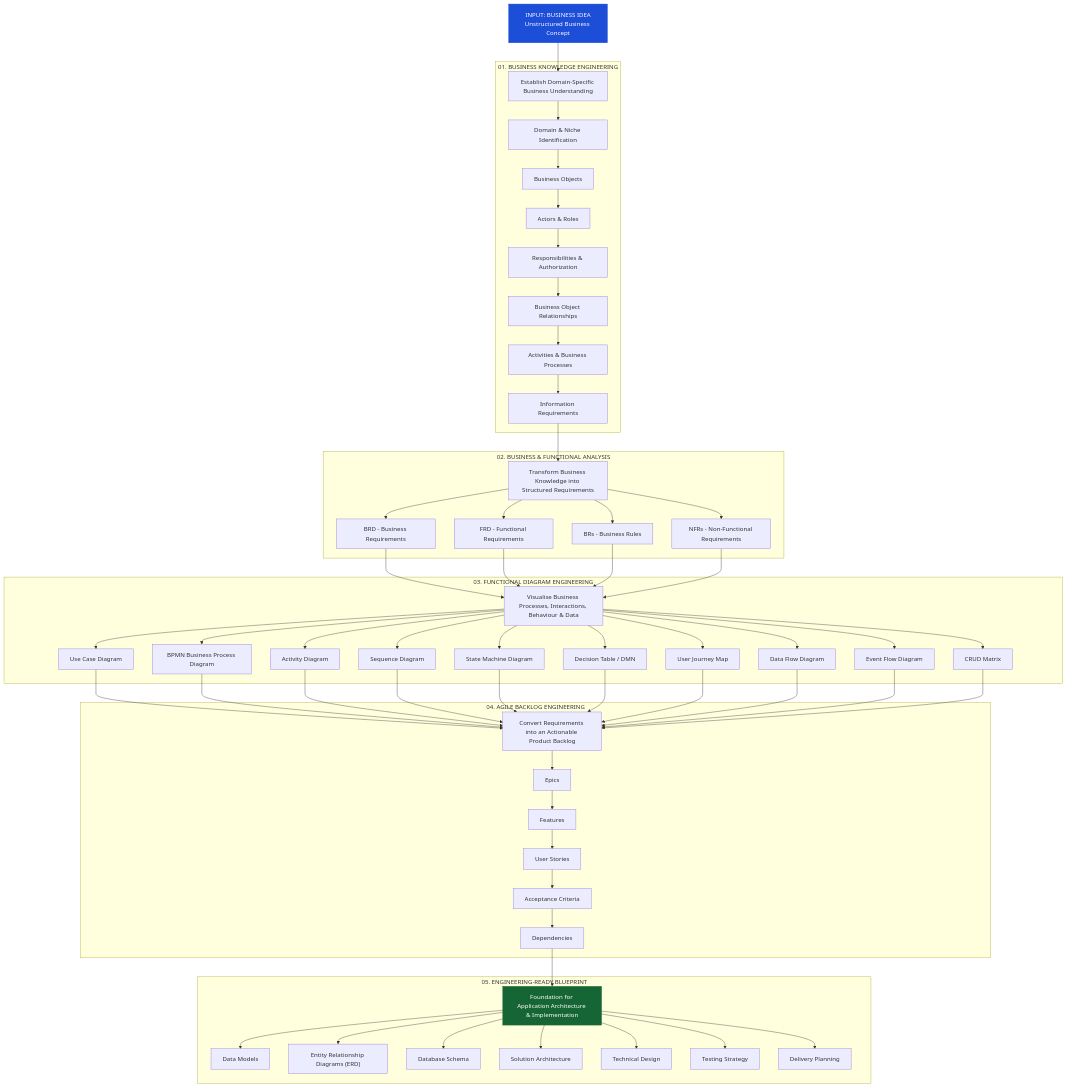
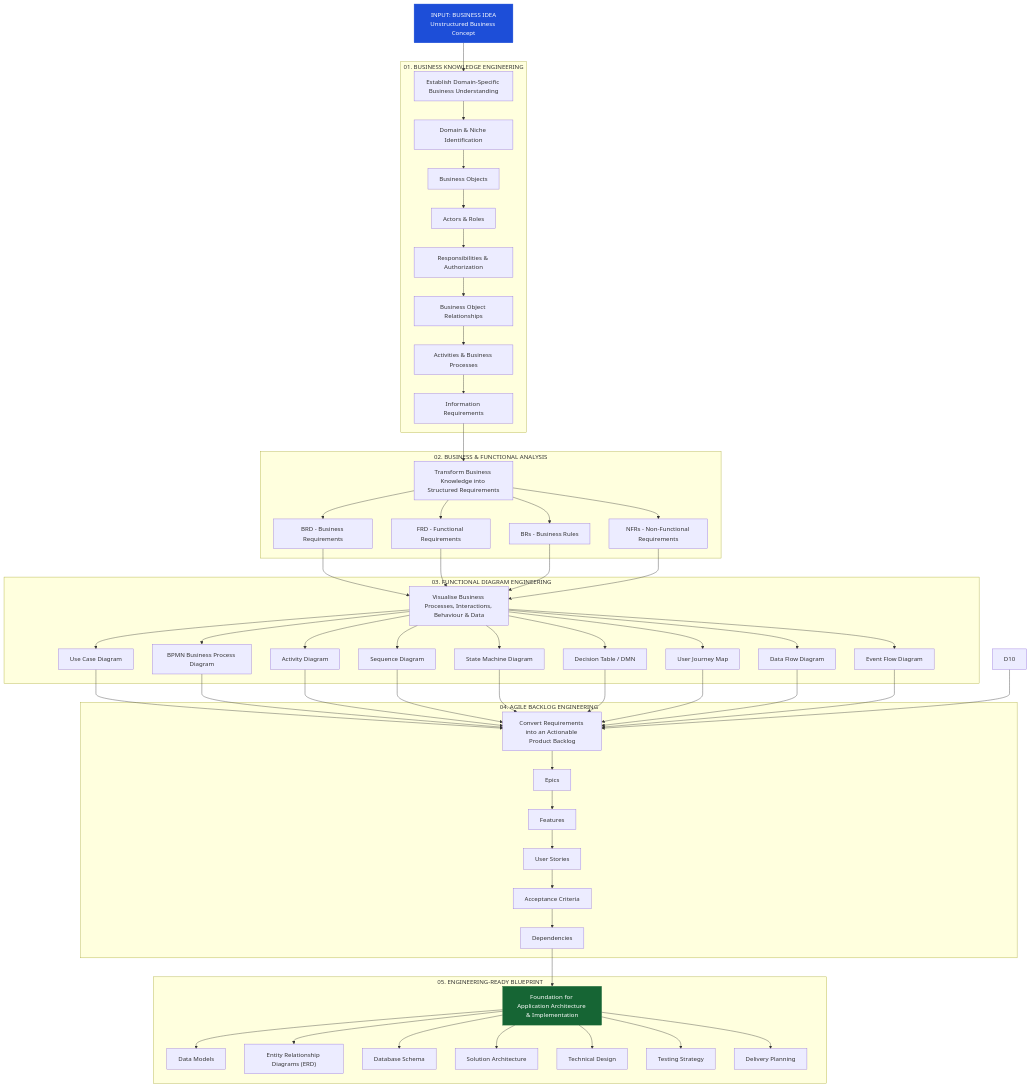
The diagram in readme.MD (matt212/Domain-Agnostic-Application-Engineering-Platform), drawn with Mermaid before and after one commit.

````diff
--- a/readme.MD
+++ b/readme.MD
@@ -108,82 +108,81 @@
 ```mermaid
 flowchart TD
     A["INPUT: BUSINESS IDEA<br/>Unstructured Business Concept"]
 
     A --> B
 
     subgraph S1["01. BUSINESS KNOWLEDGE ENGINEERING"]
         B["Establish Domain-Specific Business Understanding"]
         B --> B1["Domain & Niche Identification"]
         B1 --> B2["Business Objects"]
         B2 --> B3["Actors & Roles"]
         B3 --> B4["Responsibilities & Authorization"]
         B4 --> B5["Business Object Relationships"]
         B5 --> B6["Activities & Business Processes"]
         B6 --> B7["Information Requirements"]
     end
 
     B7 --> C
 
     subgraph S2["02. BUSINESS & FUNCTIONAL ANALYSIS"]
         C["Transform Business Knowledge into Structured Requirements"]
         C --> C1["BRD - Business Requirements"]
         C --> C2["FRD - Functional Requirements"]
         C --> C3["BRs - Business Rules"]
         C --> C4["NFRs - Non-Functional Requirements"]
     end
 
     C1 --> D
     C2 --> D
     C3 --> D
     C4 --> D
 
     subgraph S3["03. FUNCTIONAL DIAGRAM ENGINEERING"]
         D["Visualise Business Processes, Interactions, Behaviour & Data"]
         D --> D1["Use Case Diagram"]
         D --> D2["BPMN Business Process Diagram"]
         D --> D3["Activity Diagram"]
         D --> D4["Sequence Diagram"]
         D --> D5["State Machine Diagram"]
         D --> D6["Decision Table / DMN"]
         D --> D7["User Journey Map"]
         D --> D8["Data Flow Diagram"]
         D --> D9["Event Flow Diagram"]
-        D --> D10["CRUD Matrix"]
     end
 
     D1 --> E
     D2 --> E
     D3 --> E
     D4 --> E
     D5 --> E
     D6 --> E
     D7 --> E
     D8 --> E
     D9 --> E
     D10 --> E
 
     subgraph S4["04. AGILE BACKLOG ENGINEERING"]
         E["Convert Requirements into an Actionable Product Backlog"]
         E --> E1["Epics"]
         E1 --> E2["Features"]
         E2 --> E3["User Stories"]
         E3 --> E4["Acceptance Criteria"]
         E4 --> E5["Dependencies"]
     end
 
     E5 --> F
 
     subgraph S5["05. ENGINEERING-READY BLUEPRINT"]
         F["Foundation for Application Architecture & Implementation"]
         F --> F1["Data Models"]
         F --> F2["Entity Relationship Diagrams (ERD)"]
         F --> F3["Database Schema"]
         F --> F4["Solution Architecture"]
         F --> F5["Technical Design"]
         F --> F6["Testing Strategy"]
         F --> F7["Delivery Planning"]
     end
 
     style A fill:#1d4ed8,color:#fff,stroke:#1d4ed8
     style F fill:#166534,color:#fff,stroke:#166534
 ```
````
